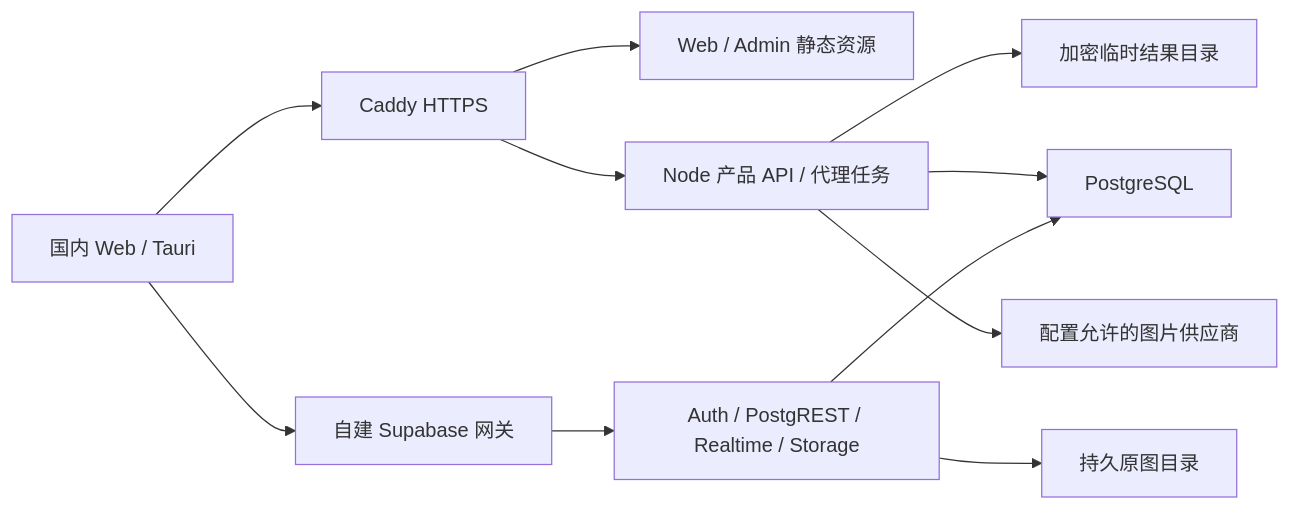
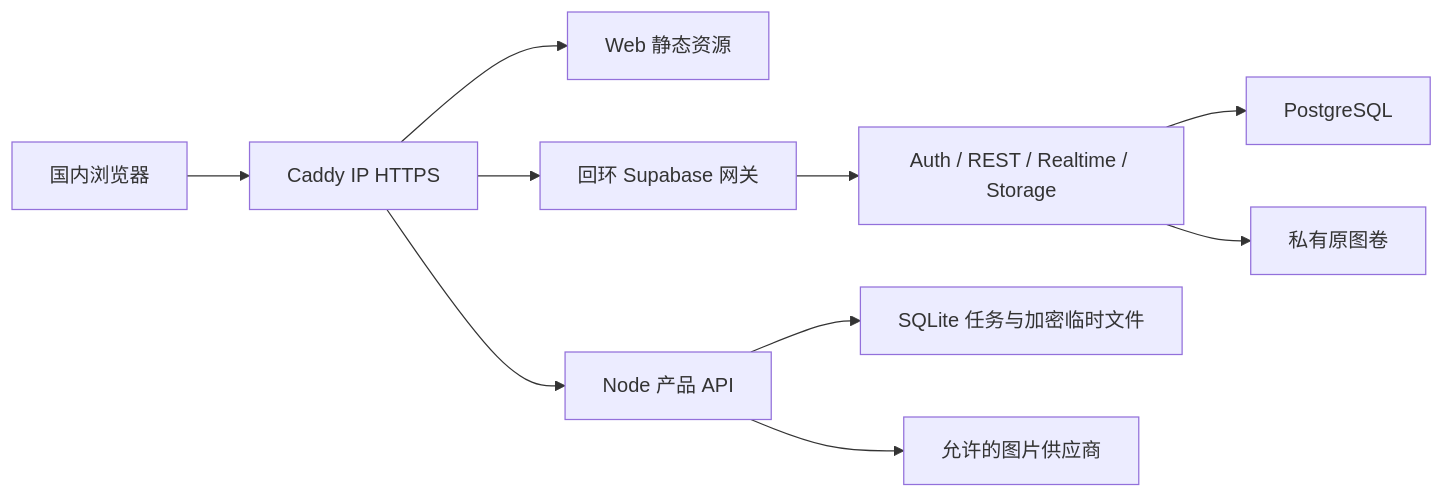
One commit to aiao-io/rxdb changed the diagram in aiao-media/requirements/plans/dual-region-deployment.md. Above: the diagram before and after it, drawn with Mermaid. The commit also changed other lines of this file and 31 other files, not shown here.

````diff
--- a/aiao-media/requirements/plans/dual-region-deployment.md
+++ b/aiao-media/requirements/plans/dual-region-deployment.md
@@ -41,13 +18,12 @@
 ```mermaid
 flowchart LR
-    Client[国内 Web / Tauri] --> Gateway[Caddy HTTPS]
-    Gateway --> Static[Web / Admin 静态资源]
-    Gateway --> API[Node 产品 API / 代理任务]
-    Client --> Supabase[自建 Supabase 网关]
-    Supabase --> Services[Auth / PostgREST / Realtime / Storage]
+    Browser[国内浏览器] --> Gateway[Caddy IP HTTPS]
+    Gateway --> Static[Web 静态资源]
+    Gateway --> API[Node 产品 API]
+    Gateway --> Kong[回环 Supabase 网关]
+    Kong --> Services[Auth / REST / Realtime / Storage]
     Services --> PG[PostgreSQL]
-    Services --> Originals[持久原图目录]
-    API --> PG
-    API --> Temporary[加密临时结果目录]
-    API --> Provider[配置允许的图片供应商]
+    Services --> Originals[私有原图卷]
+    API --> Tasks[SQLite 任务与加密临时文件]
+    API --> Provider[允许的图片供应商]
 ```
````
